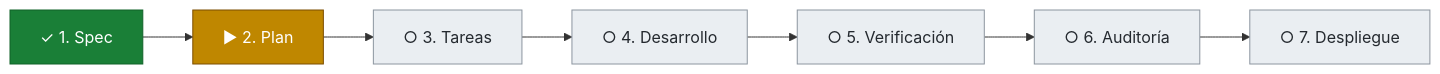
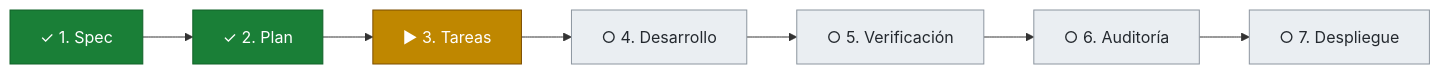
Diagram 22 of 22 in docs/tablero.md (snavello/EVALUON), drawn with Mermaid before and after one commit. The commit also changed other lines of this file and 6 other files, not shown here.

````diff
--- a/docs/tablero.md
+++ b/docs/tablero.md
@@ -1698,9 +1698,9 @@
 ```mermaid
 flowchart LR
-  E0["✓ 1. Spec"]:::done --> E1["▶ 2. Plan"]:::active --> E2["○ 3. Tareas"]:::todo --> E3["○ 4. Desarrollo"]:::todo --> E4["○ 5. Verificación"]:::todo --> E5["○ 6. Auditoría"]:::todo --> E6["○ 7. Despliegue"]:::todo
+  E0["✓ 1. Spec"]:::done --> E1["✓ 2. Plan"]:::done --> E2["▶ 3. Tareas"]:::active --> E3["○ 4. Desarrollo"]:::todo --> E4["○ 5. Verificación"]:::todo --> E5["○ 6. Auditoría"]:::todo --> E6["○ 7. Despliegue"]:::todo
   classDef done fill:#1a7f37,stroke:#116329,color:#ffffff
   classDef review fill:#0969da,stroke:#0550ae,color:#ffffff
   classDef active fill:#bf8700,stroke:#7d4e00,color:#ffffff
   classDef blocked fill:#cf222e,stroke:#a40e26,color:#ffffff
   classDef todo fill:#eaeef2,stroke:#8c959f,color:#24292f
 ```
````
